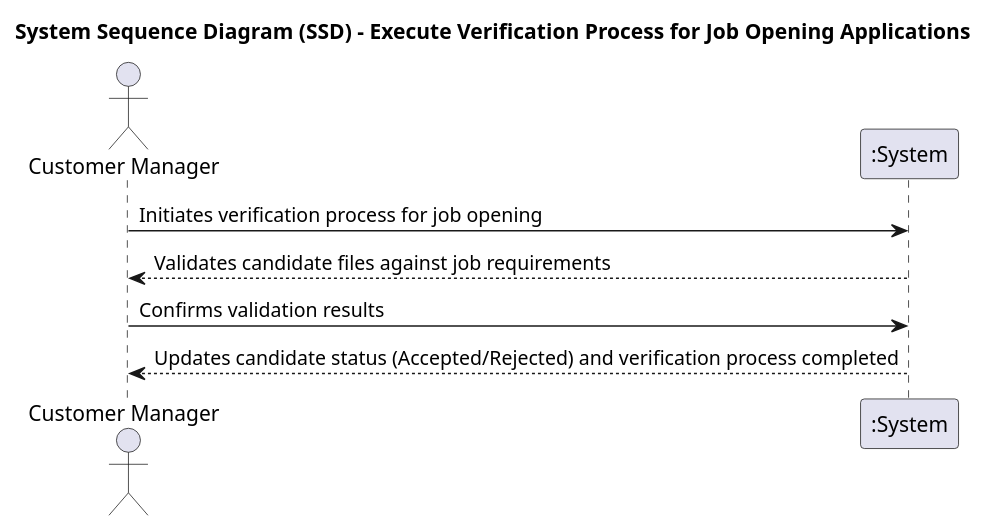
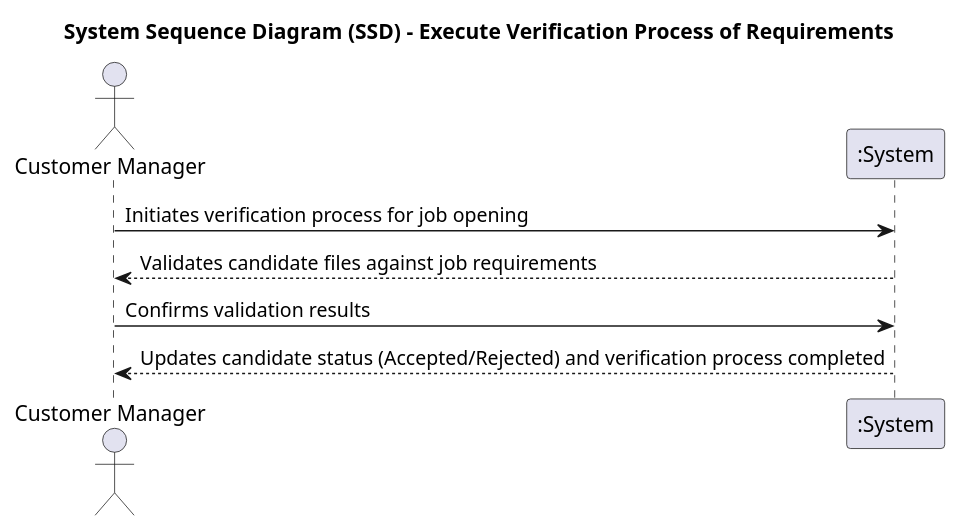
Before and after one commit to Mendoncaa/LAPR4: the diagram in docs/sprintC/US1015/01.requirements-engineering/puml/US1015_SSD.puml, drawn with PlantUML. The commit also changed 1 other file, not shown here.

Commit message:
#41 First outline of the Domain Model excerpt, changes on SSD

```diff
--- a/docs/sprintC/US1015/01.requirements-engineering/puml/US1015_SSD.puml
+++ b/docs/sprintC/US1015/01.requirements-engineering/puml/US1015_SSD.puml
@@ -1,13 +1,13 @@
 @startuml
 
-title System Sequence Diagram (SSD) - Execute Verification Process for Job Opening Applications
+title System Sequence Diagram (SSD) - Execute Verification Process of Requirements
 
 actor "Customer Manager" as CM
 participant ":System" as S
 
 CM -> S : Initiates verification process for job opening
 S --> CM : Validates candidate files against job requirements
 CM -> S : Confirms validation results
 S --> CM : Updates candidate status (Accepted/Rejected) and verification process completed
 
 @enduml
```
